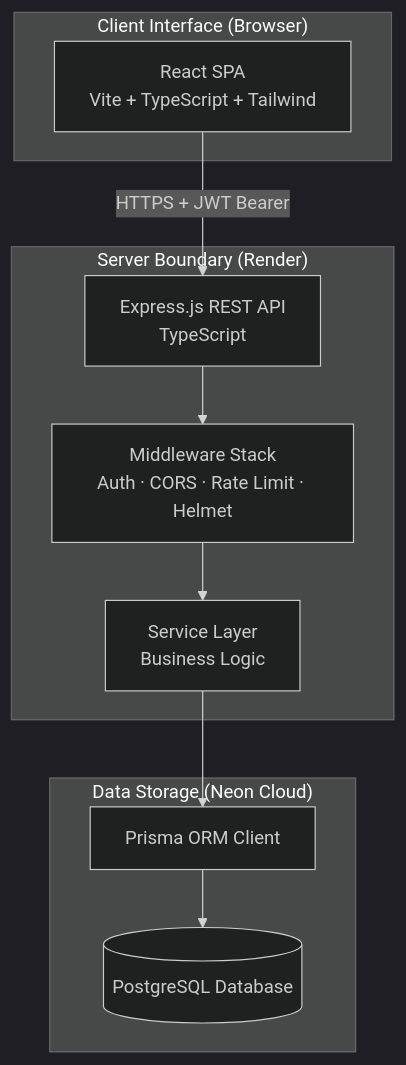
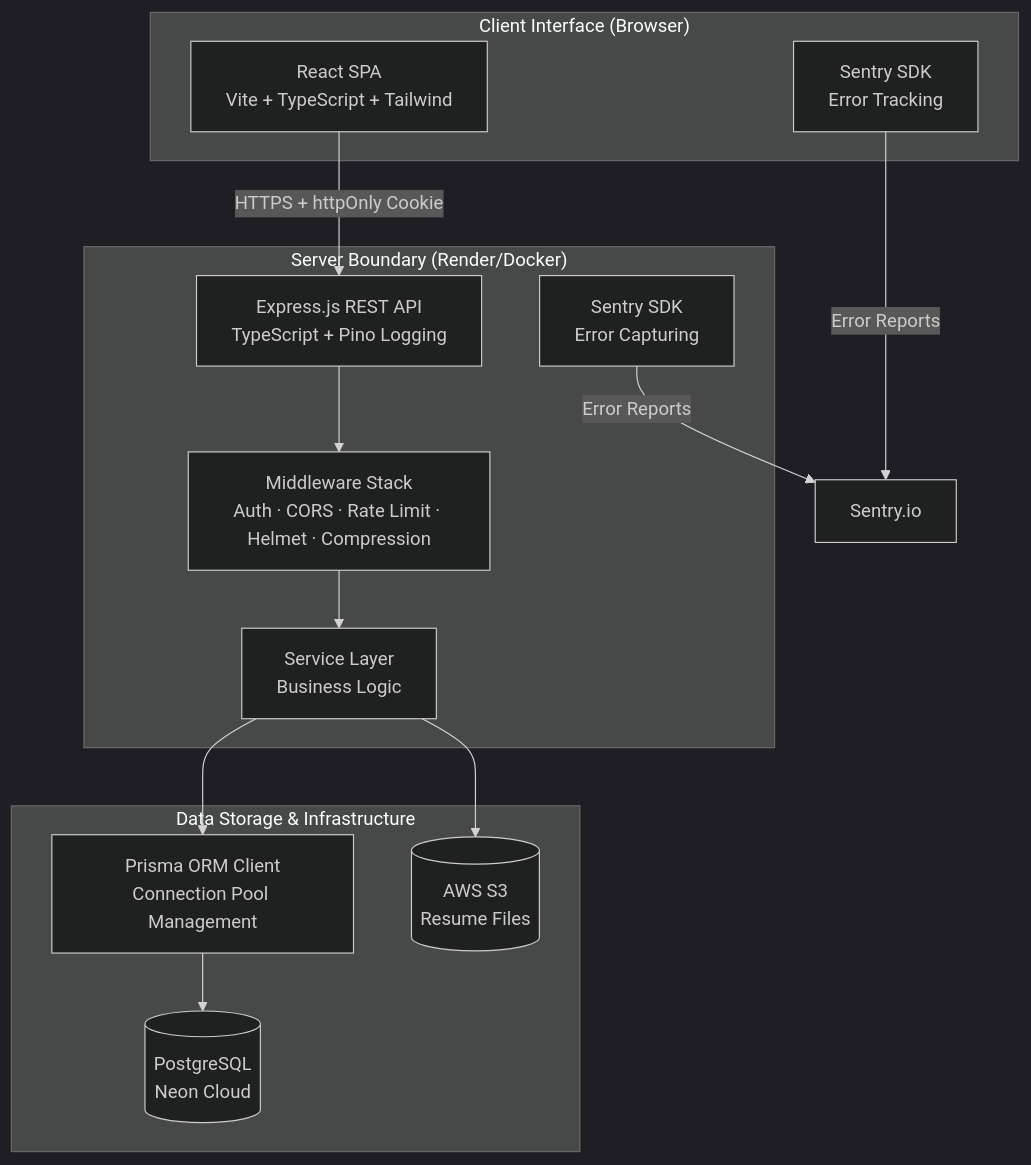
One commit to mdadeel/Career-Tracker changed the first of 4 diagrams in README.md. Above: the diagram before and after it, drawn with Mermaid (dark theme). The commit also changed other lines of this file, not shown here.

````diff
--- a/README.md
+++ b/README.md
@@ -77,23 +91,29 @@
 ```mermaid
 graph TB
     subgraph Client ["Client Interface (Browser)"]
         SPA[React SPA<br/>Vite + TypeScript + Tailwind]
+        SENTRY_C[Sentry SDK<br/>Error Tracking]
     end
 
-    subgraph Server ["Server Boundary (Render)"]
-        API[Express.js REST API<br/>TypeScript]
-        MW[Middleware Stack<br/>Auth · CORS · Rate Limit · Helmet]
+    subgraph Server ["Server Boundary (Render/Docker)"]
+        API[Express.js REST API<br/>TypeScript + Pino Logging]
+        MW[Middleware Stack<br/>Auth · CORS · Rate Limit · Helmet · Compression]
         SVC[Service Layer<br/>Business Logic]
+        SENTRY_S[Sentry SDK<br/>Error Capturing]
     end
 
-    subgraph Data ["Data Storage (Neon Cloud)"]
-        ORM[Prisma ORM Client]
-        DB[(PostgreSQL Database)]
+    subgraph Storage ["Data Storage & Infrastructure"]
+        ORM[Prisma ORM Client<br/>Connection Pool Management]
+        DB[(PostgreSQL<br/>Neon Cloud)]
+        S3[(AWS S3<br/>Resume Files)]
     end
 
-    SPA -->|HTTPS + JWT Bearer| API
+    SPA -->|HTTPS + httpOnly Cookie| API
     API --> MW
     MW --> SVC
     SVC --> ORM
+    SVC --> S3
     ORM --> DB
+    SENTRY_C -->|Error Reports| Sentry[Sentry.io]
+    SENTRY_S -->|Error Reports| Sentry
 ```
````
